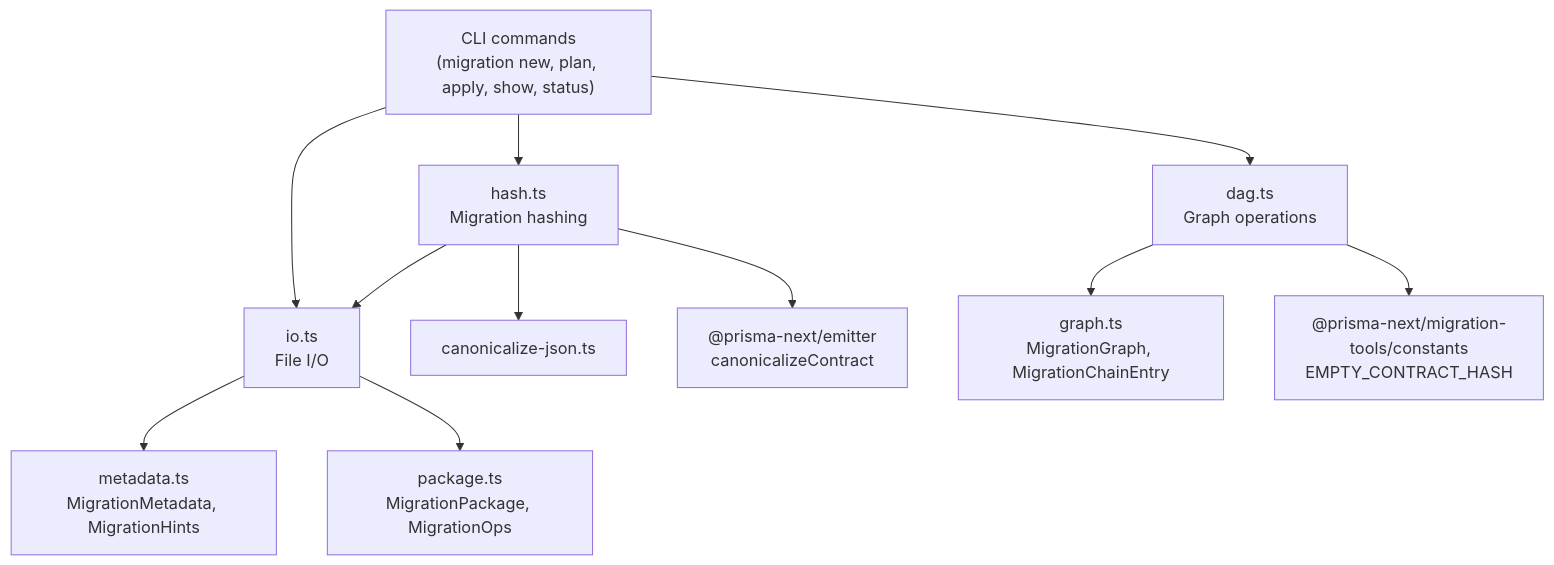
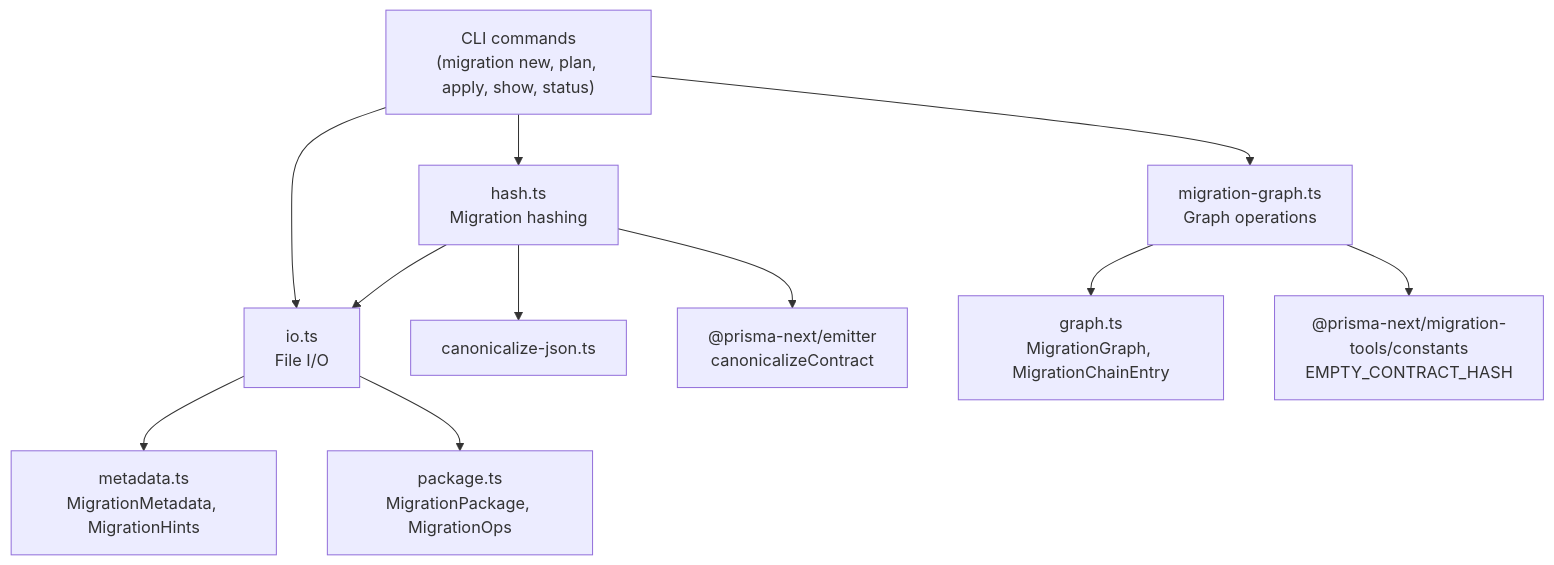
One commit to prisma/prisma-next changed the diagram in packages/1-framework/3-tooling/migration/README.md. Above: the diagram before and after it, drawn with Mermaid. The commit also changed other lines of this file and 17 other files, not shown here.

First line of the commit message:
refactor(migration-tools): rename dag.ts → migration-graph.ts

````diff
--- a/packages/1-framework/3-tooling/migration/README.md
+++ b/packages/1-framework/3-tooling/migration/README.md
@@ -45,13 +45,13 @@
 ```mermaid
 graph TD
     CLI["CLI commands<br/>(migration new, plan, apply, show, status)"] --> IO["io.ts<br/>File I/O"]
     CLI --> HASH["hash.ts<br/>Migration hashing"]
-    CLI --> GRAPH["dag.ts<br/>Graph operations"]
+    CLI --> GRAPH["migration-graph.ts<br/>Graph operations"]
     IO --> META["metadata.ts<br/>MigrationMetadata, MigrationHints"]
     IO --> PKG["package.ts<br/>MigrationPackage, MigrationOps"]
     HASH --> IO
     HASH --> CAN["canonicalize-json.ts"]
     HASH --> CP["@prisma-next/emitter<br/>canonicalizeContract"]
     GRAPH --> GR["graph.ts<br/>MigrationGraph, MigrationChainEntry"]
     GRAPH --> ABS["@prisma-next/migration-tools/constants<br/>EMPTY_CONTRACT_HASH"]
 ```
````
